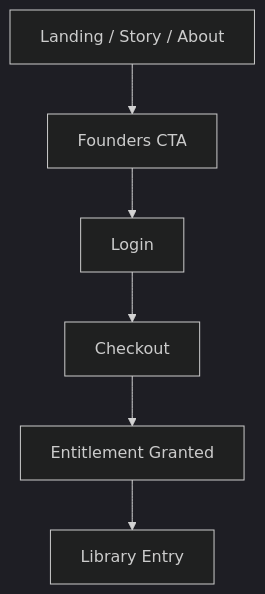
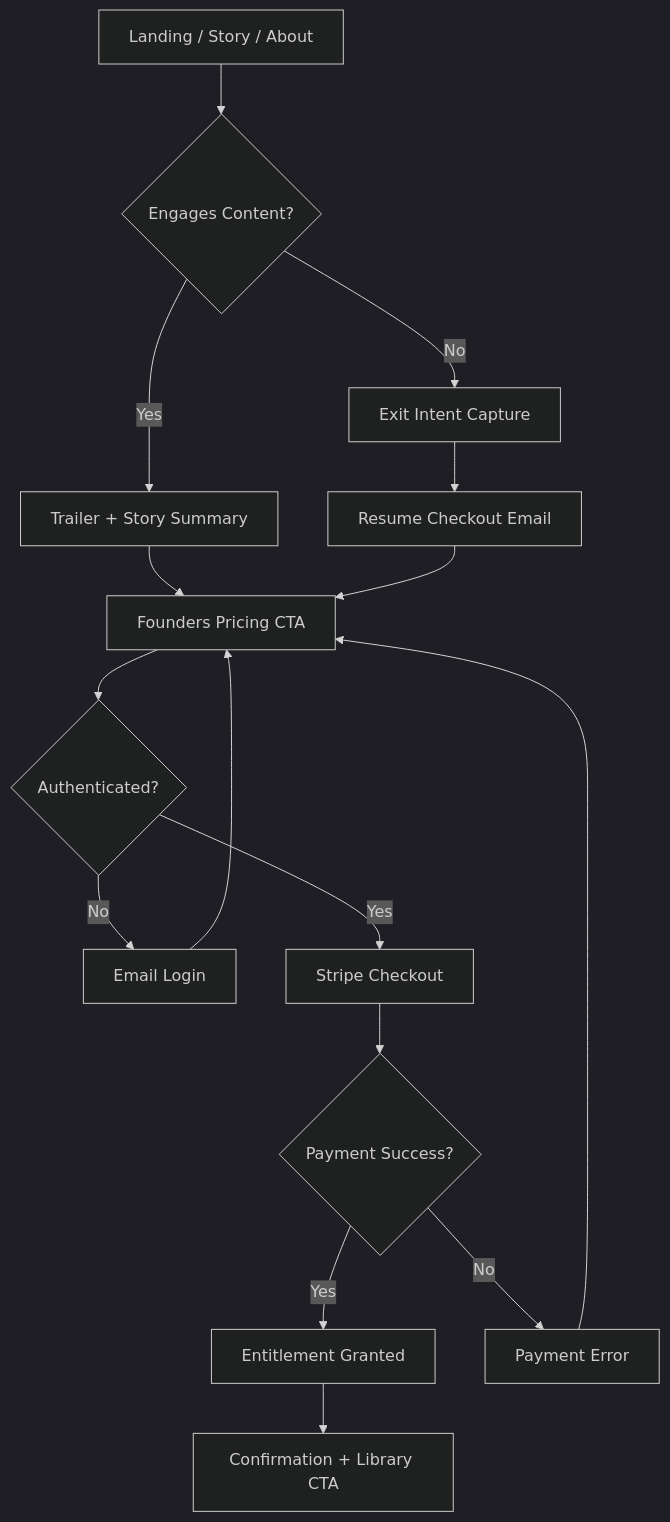
One commit to Johnsonbros/Uncharted_Stars_Saga changed the diagram in docs/visitor_conversion_funnel.md. Above: the diagram before and after it, drawn with Mermaid (dark theme). The commit also changed other lines of this file and 3 other files, not shown here.

Commit message:
Finalize funnel, payment, and narrative ERD diagrams

````diff
--- a/docs/visitor_conversion_funnel.md
+++ b/docs/visitor_conversion_funnel.md
@@ -45,8 +53,18 @@
 ```mermaid
 flowchart TD
-  A[Landing / Story / About] --> B[Founders CTA]
-  B --> C[Login]
-  C --> D[Checkout]
-  D --> E[Entitlement Granted]
-  E --> F[Library Entry]
+  A[Landing / Story / About] --> B{Engages Content?}
+  B -- Yes --> C[Trailer + Story Summary]
+  B -- No --> R[Exit Intent Capture]
+  C --> D[Founders Pricing CTA]
+  D --> E{Authenticated?}
+  E -- No --> F[Email Login]
+  F --> D
+  E -- Yes --> G[Stripe Checkout]
+  G --> H{Payment Success?}
+  H -- Yes --> I[Entitlement Granted]
+  I --> J[Confirmation + Library CTA]
+  H -- No --> K[Payment Error]
+  K --> D
+  R --> L[Resume Checkout Email]
+  L --> D
 ```
````
